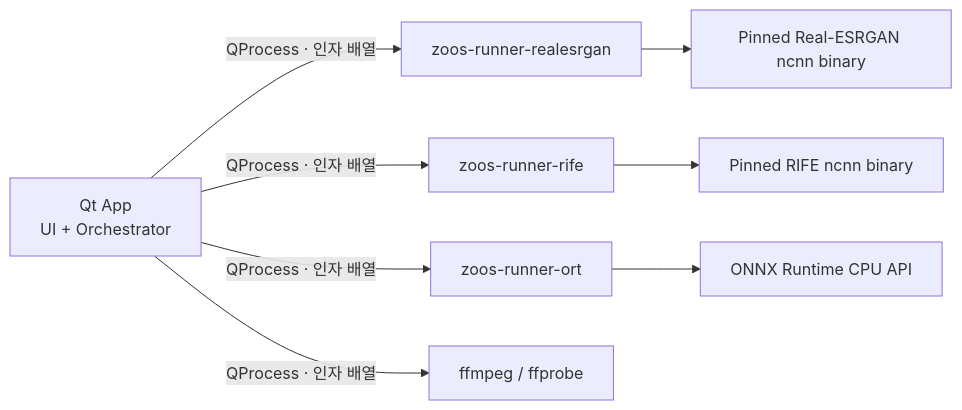
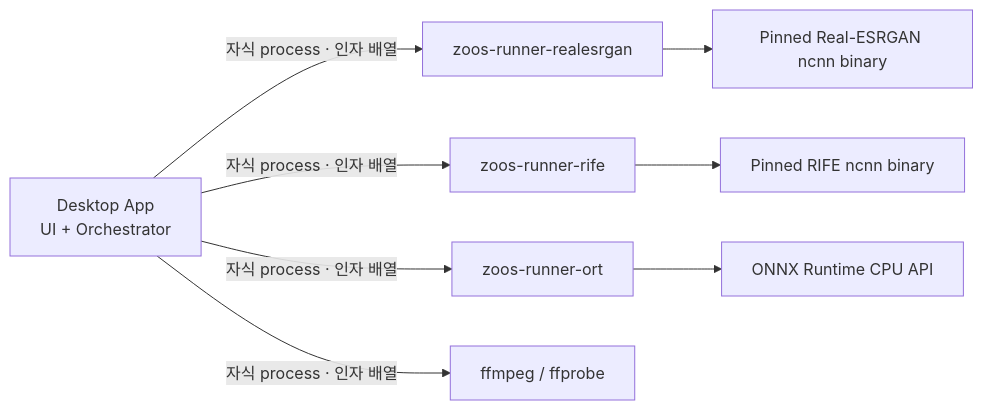
Before and after one commit to zooslab/zoos-upscale: the second of 9 diagrams in ARCHITECTURE.md, drawn with Mermaid. The commit also changed other lines of this file and 1 other file, not shown here.

````diff
--- a/ARCHITECTURE.md
+++ b/ARCHITECTURE.md
@@ -75,11 +87,11 @@
 ```mermaid
 flowchart LR
-    APP["Qt App<br/>UI + Orchestrator"] -->|"QProcess · 인자 배열"| WR1["zoos-runner-realesrgan"]
-    APP -->|"QProcess · 인자 배열"| WR2["zoos-runner-rife"]
-    APP -->|"QProcess · 인자 배열"| WR3["zoos-runner-ort"]
-    APP -->|"QProcess · 인자 배열"| FF["ffmpeg / ffprobe"]
+    APP["Desktop App<br/>UI + Orchestrator"] -->|"자식 process · 인자 배열"| WR1["zoos-runner-realesrgan"]
+    APP -->|"자식 process · 인자 배열"| WR2["zoos-runner-rife"]
+    APP -->|"자식 process · 인자 배열"| WR3["zoos-runner-ort"]
+    APP -->|"자식 process · 인자 배열"| FF["ffmpeg / ffprobe"]
 
     WR1 --> ESR["Pinned Real-ESRGAN ncnn binary"]
     WR2 --> RIFE["Pinned RIFE ncnn binary"]
     WR3 --> ORT["ONNX Runtime CPU API"]
 ```
````
